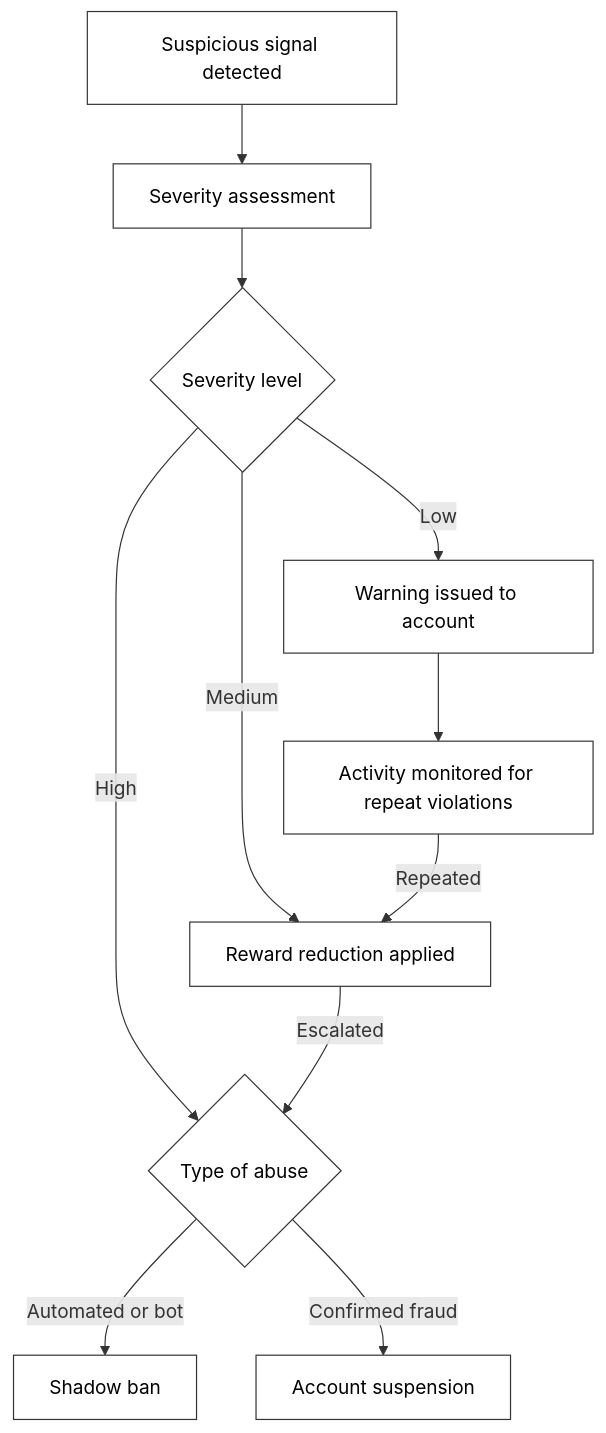
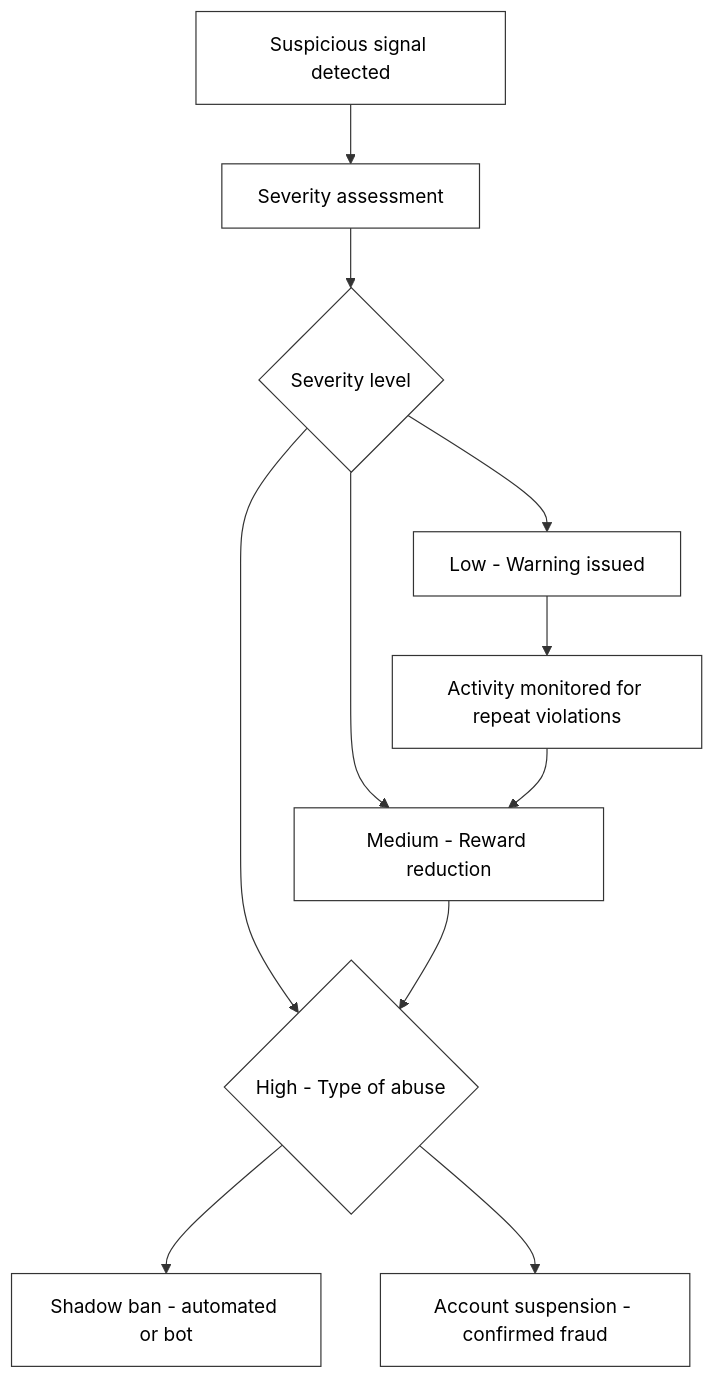
Before and after one commit to Nexora-Node/Docs: the first of 2 diagrams in anti-cheat.md, drawn with Mermaid. The commit also changed other lines of this file and 5 other files, not shown here.

````diff
--- a/anti-cheat.md
+++ b/anti-cheat.md
@@ -35,23 +31,23 @@
 ```mermaid
 flowchart TD
     A[Suspicious signal detected] --> B[Severity assessment]
     B --> C{Severity level}
-    C -->|Low| D[Warning issued to account]
-    C -->|Medium| E[Reward reduction applied]
-    C -->|High| F{Type of abuse}
-    F -->|Automated or bot| G[Shadow ban]
-    F -->|Confirmed fraud| H[Account suspension]
+    C --> D[Low - Warning issued]
+    C --> E[Medium - Reward reduction]
+    C --> F{High - Type of abuse}
+    F --> G[Shadow ban - automated or bot]
+    F --> H[Account suspension - confirmed fraud]
     D --> I[Activity monitored for repeat violations]
-    I -->|Repeated| E
-    E -->|Escalated| F
+    I --> E
+    E --> F
 
     style A fill:#fff,stroke:#333,color:#000
     style B fill:#fff,stroke:#333,color:#000
     style C fill:#fff,stroke:#333,color:#000
     style D fill:#fff,stroke:#333,color:#000
     style E fill:#fff,stroke:#333,color:#000
     style F fill:#fff,stroke:#333,color:#000
     style G fill:#fff,stroke:#333,color:#000
     style H fill:#fff,stroke:#333,color:#000
     style I fill:#fff,stroke:#333,color:#000
 ```
````
